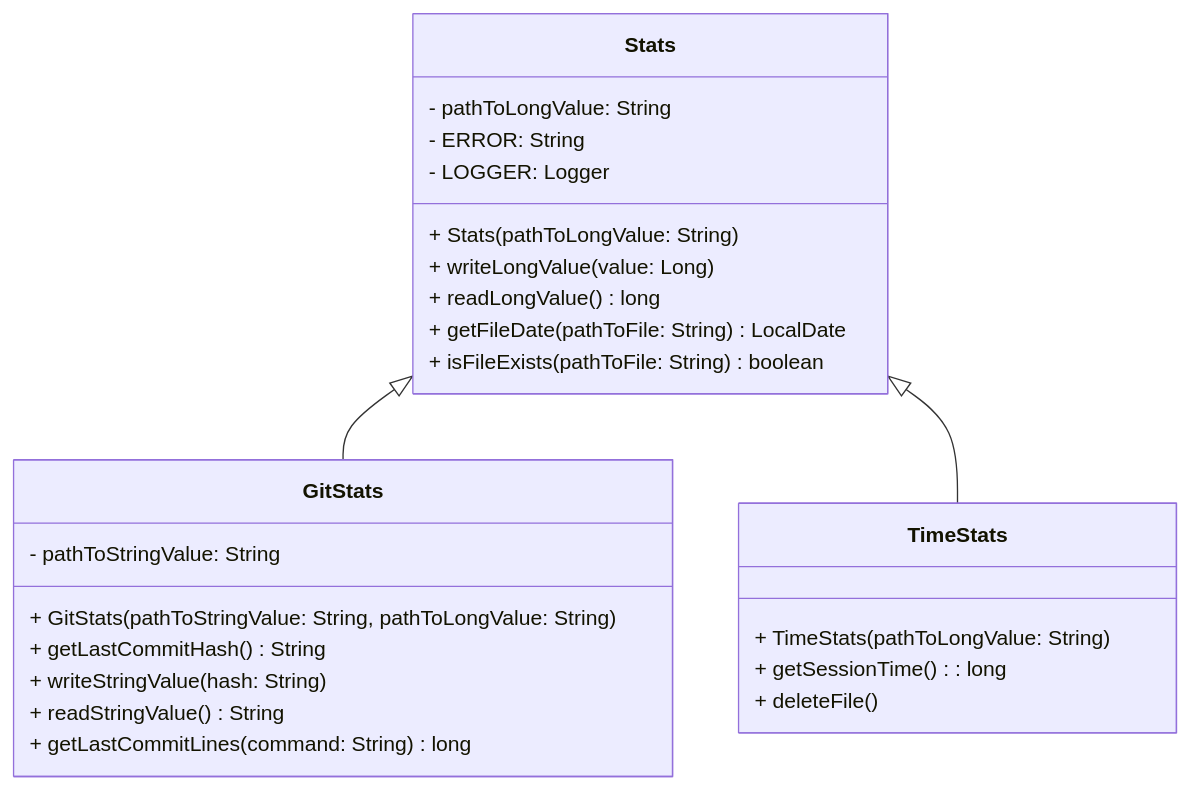
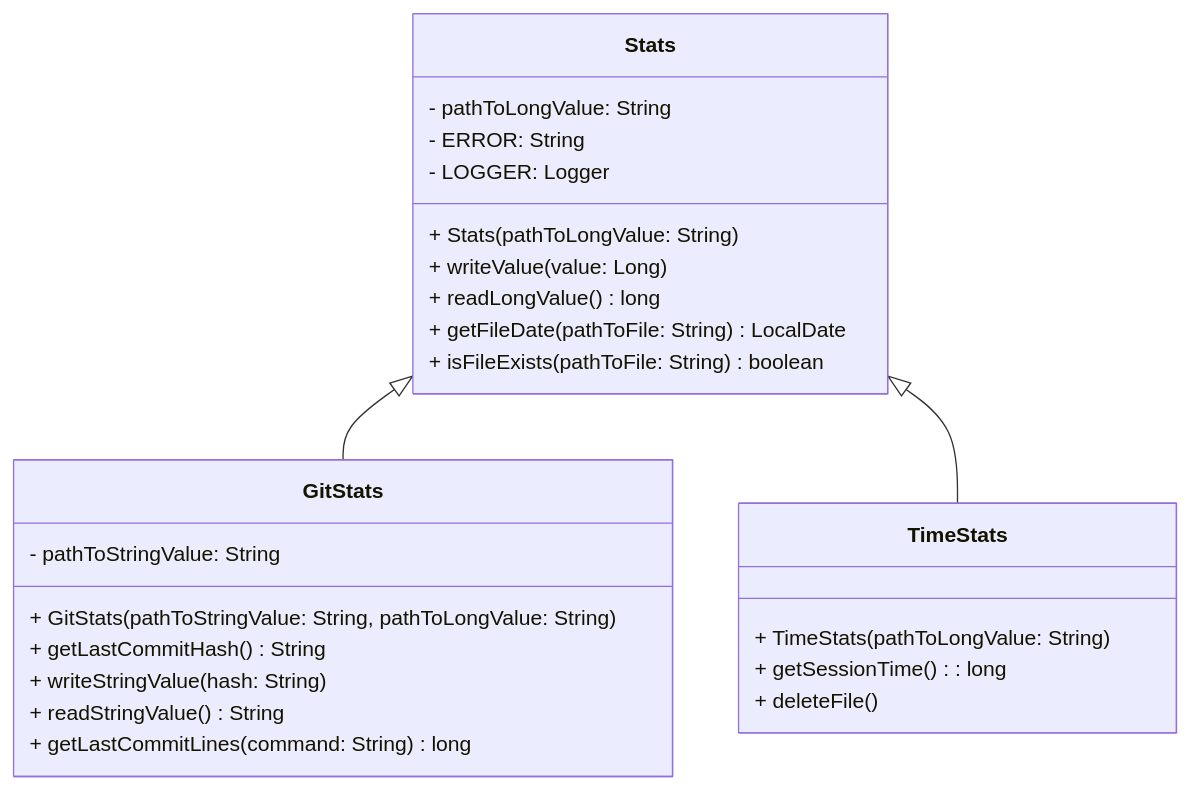
The first of 4 diagrams in vimstat/README.md (AlexandrAnatoliev/jvim-plugins), drawn with Mermaid before and after one commit. The commit also changed other lines of this file and 4 other files, not shown here.

First line of the commit message:
fix(vimstat): refactor writeLongValue method to writeValue

````diff
--- a/vimstat/README.md
+++ b/vimstat/README.md
@@ -142,32 +142,32 @@
 ```mermaid
 classDiagram
 
   class Stats {
     - pathToLongValue: String 
     - ERROR: String 
     - LOGGER: Logger
     + Stats(pathToLongValue: String)
-    + writeLongValue(value: Long )
+    + writeValue(value: Long )
     + readLongValue() long 
     + getFileDate(pathToFile: String) LocalDate
     + isFileExists(pathToFile: String) boolean 
   }
 
   class GitStats {
     - pathToStringValue: String 
     + GitStats(pathToStringValue: String, pathToLongValue: String)
     + getLastCommitHash() String 
     + writeStringValue(hash: String) 
     + readStringValue() String
     + getLastCommitLines(command: String) long
   }
 
   class TimeStats {
     + TimeStats(pathToLongValue: String)
     + getSessionTime(): long 
     + deleteFile() 
   }
 
   Stats <|-- GitStats
   Stats <|-- TimeStats
 ```
````
